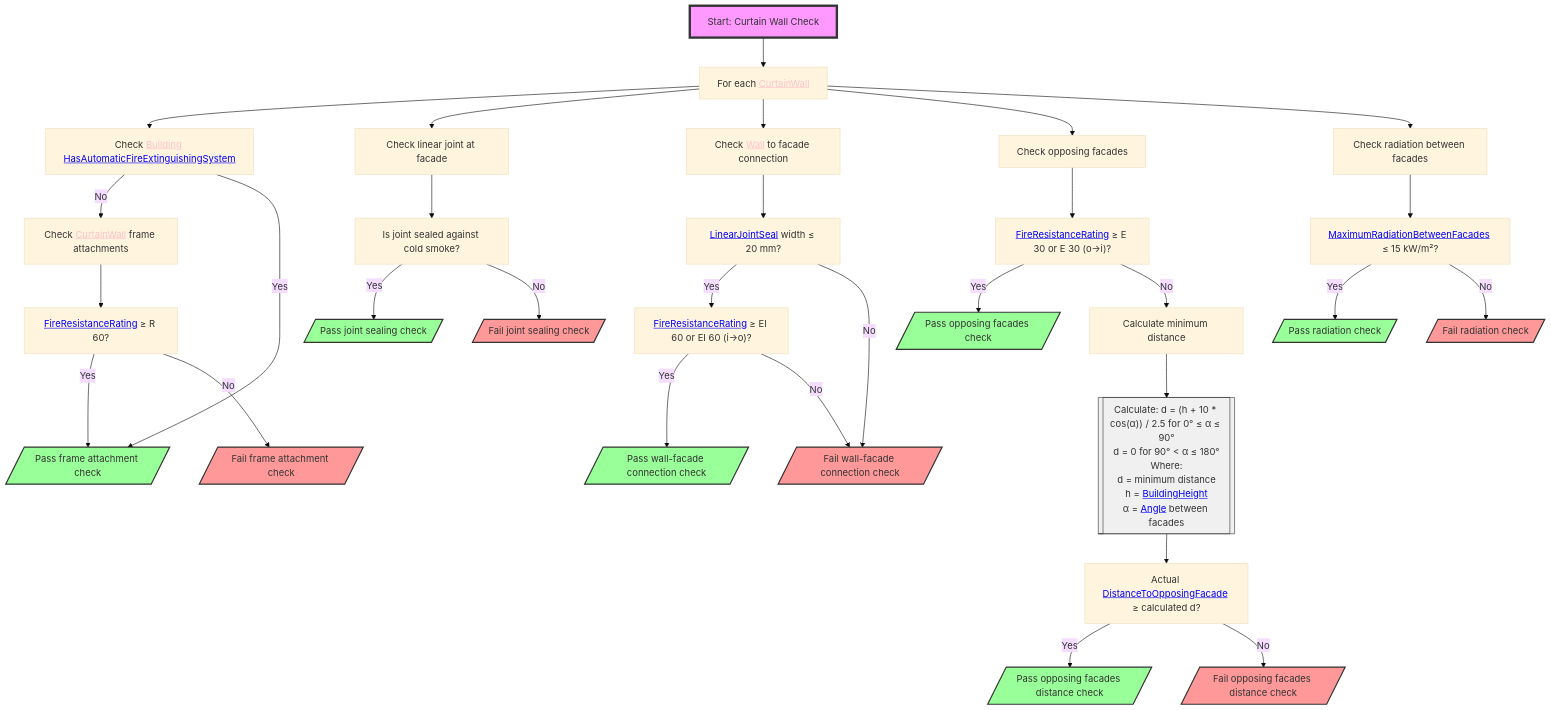
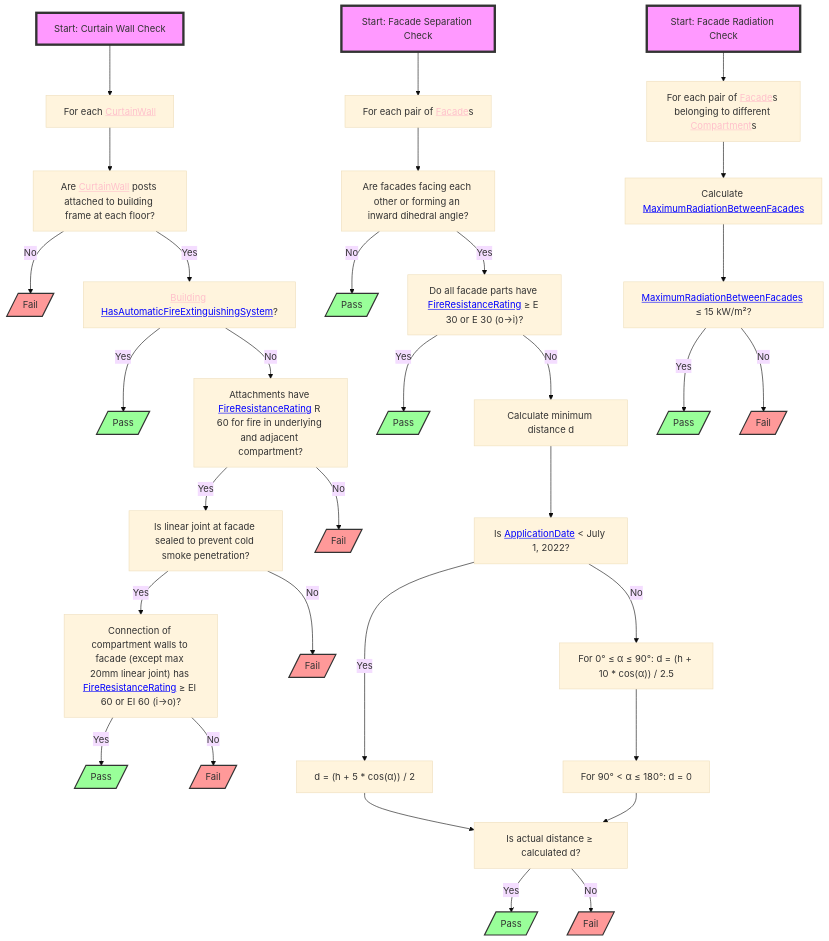
The diagram in mmddiagrams/section_3_5_1.mmd (CedricDriesen92/RulebookProcessing), drawn with Mermaid (base theme) before and after one commit. The commit also changed 3 other files, not shown here.

```diff
--- a/mmddiagrams/section_3_5_1.mmd
+++ b/mmddiagrams/section_3_5_1.mmd
@@ -1,48 +1,52 @@
 flowchart TD
     S1["Start: Curtain Wall Check"] --> A["For each <a href='http://example.com/firebimbuilding#CurtainWall' style='color:pink;'>CurtainWall</a>"]
-    A --> B["Check <a href='http://example.com/firebimbuilding#Building' style='color:pink;'>Building</a> <a href='http://example.com/firebimbuilding#HasAutomaticFireExtinguishingSystem' style='color:blue;'>HasAutomaticFireExtinguishingSystem</a>"]
-    B -- No --> C["Check <a href='http://example.com/firebimbuilding#CurtainWall' style='color:pink;'>CurtainWall</a> frame attachments"]
-    C --> D["<a href='http://example.com/firebimbuilding#FireResistanceRating' style='color:blue;'>FireResistanceRating</a> ≥ R 60?"]
-    D -- Yes --> E[/"Pass frame attachment check"/]
-    D -- No --> F[/"Fail frame attachment check"/]
-    B -- Yes --> E
-    A --> G["Check linear joint at facade"]
-    G --> H["Is joint sealed against cold smoke?"]
-    H -- Yes --> I[/"Pass joint sealing check"/]
-    H -- No --> J[/"Fail joint sealing check"/]
-    A --> K["Check <a href='http://example.com/firebimbuilding#Wall' style='color:pink;'>Wall</a> to facade connection"]
-    K --> L["<a href='http://example.com/firebimbuilding#LinearJointSeal' style='color:blue;'>LinearJointSeal</a> width ≤ 20 mm?"]
-    L -- Yes --> M["<a href='http://example.com/firebimbuilding#FireResistanceRating' style='color:blue;'>FireResistanceRating</a> ≥ EI 60 or EI 60 (i→o)?"]
-    L -- No --> N[/"Fail wall-facade connection check"/]
-    M -- Yes --> O[/"Pass wall-facade connection check"/]
-    M -- No --> N
-    A --> P["Check opposing facades"]
-    P --> Q["<a href='http://example.com/firebimbuilding#FireResistanceRating' style='color:blue;'>FireResistanceRating</a> ≥ E 30 or E 30 (o→i)?"]
-    Q -- Yes --> R[/"Pass opposing facades check"/]
-    Q -- No --> S["Calculate minimum distance"]
-    S --> T[["Calculate: d = (h + 10 * cos(α)) / 2.5 for 0° ≤ α ≤ 90°<br>d = 0 for 90° < α ≤ 180°<br>Where:<br>d = minimum distance<br>h = <a href='http://example.com/firebimbuilding#BuildingHeight' style='color:blue;'>BuildingHeight</a><br>α = <a href='http://example.com/firebimbuilding#Angle' style='color:blue;'>Angle</a> between facades"]]
-    T --> U["Actual <a href='http://example.com/firebimbuilding#DistanceToOpposingFacade' style='color:blue;'>DistanceToOpposingFacade</a> ≥ calculated d?"]
-    U -- Yes --> V[/"Pass opposing facades distance check"/]
-    U -- No --> W[/"Fail opposing facades distance check"/]
-    A --> X["Check radiation between facades"]
-    X --> Y["<a href='http://example.com/firebimbuilding#MaximumRadiationBetweenFacades' style='color:blue;'>MaximumRadiationBetweenFacades</a> ≤ 15 kW/m²?"]
-    Y -- Yes --> Z[/"Pass radiation check"/]
-    Y -- No --> AA[/"Fail radiation check"/]
+    A --> B["Are <a href='http://example.com/firebimbuilding#CurtainWall' style='color:pink;'>CurtainWall</a> posts attached to building frame at each floor?"]
+    B -- No --> C[/"Fail"/]
+    B -- Yes --> D["<a href='http://example.com/firebimbuilding#Building' style='color:pink;'>Building</a> <a href='http://example.com/firebimbuilding#HasAutomaticFireExtinguishingSystem' style='color:blue;'>HasAutomaticFireExtinguishingSystem</a>?"]
+    D -- Yes --> E[/"Pass"/]
+    D -- No --> F["Attachments have <a href='http://example.com/firebimbuilding#FireResistanceRating' style='color:blue;'>FireResistanceRating</a> R 60 for fire in underlying and adjacent compartment?"]
+    F -- Yes --> G["Is linear joint at facade sealed to prevent cold smoke penetration?"]
+    F -- No --> H[/"Fail"/]
+    G -- Yes --> I["Connection of compartment walls to facade (except max 20mm linear joint) has <a href='http://example.com/firebimbuilding#FireResistanceRating' style='color:blue;'>FireResistanceRating</a> ≥ EI 60 or EI 60 (i→o)?"]
+    G -- No --> J[/"Fail"/]
+    I -- Yes --> K[/"Pass"/]
+    I -- No --> L[/"Fail"/]
+
+    S2["Start: Facade Separation Check"] --> M["For each pair of <a href='http://example.com/firebimbuilding#Facade' style='color:pink;'>Facade</a>s"]
+    M --> N["Are facades facing each other or forming an inward dihedral angle?"]
+    N -- No --> O[/"Pass"/]
+    N -- Yes --> P["Do all facade parts have <a href='http://example.com/firebimbuilding#FireResistanceRating' style='color:blue;'>FireResistanceRating</a> ≥ E 30 or E 30 (o→i)?"]
+    P -- Yes --> Q[/"Pass"/]
+    P -- No --> R["Calculate minimum distance d"]
+    R --> S["Is <a href='http://example.com/firebimbuilding#ApplicationDate' style='color:blue;'>ApplicationDate</a> < July 1, 2022?"]
+    S -- Yes --> T["d = (h + 5 * cos(α)) / 2"]
+    S -- No --> U["For 0° ≤ α ≤ 90°: d = (h + 10 * cos(α)) / 2.5"]
+    U --> V["For 90° < α ≤ 180°: d = 0"]
+    T & V --> W["Is actual distance ≥ calculated d?"]
+    W -- Yes --> X[/"Pass"/]
+    W -- No --> Y[/"Fail"/]
+
+    S3["Start: Facade Radiation Check"] --> Z["For each pair of <a href='http://example.com/firebimbuilding#Facade' style='color:pink;'>Facade</a>s belonging to different <a href='http://example.com/firebimbuilding#Compartment' style='color:pink;'>Compartment</a>s"]
+    Z --> AA["Calculate <a href='http://example.com/firebimbuilding#MaximumRadiationBetweenFacades' style='color:blue;'>MaximumRadiationBetweenFacades</a>"]
+    AA --> AB["<a href='http://example.com/firebimbuilding#MaximumRadiationBetweenFacades' style='color:blue;'>MaximumRadiationBetweenFacades</a> ≤ 15 kW/m²?"]
+    AB -- Yes --> AC[/"Pass"/]
+    AB -- No --> AD[/"Fail"/]
 
     S1:::startClass
+    S2:::startClass
+    S3:::startClass
+    C:::failClass
     E:::passClass
-    F:::failClass
-    I:::passClass
+    H:::failClass
     J:::failClass
-    N:::failClass
+    K:::passClass
+    L:::failClass
     O:::passClass
-    R:::passClass
-    V:::passClass
-    W:::failClass
-    Z:::passClass
-    AA:::failClass
-
+    Q:::passClass
+    X:::passClass
+    Y:::failClass
+    AC:::passClass
+    AD:::failClass
     classDef startClass fill:#f9f,stroke:#333,stroke-width:4px
     classDef passClass fill:#9f9,stroke:#333,stroke-width:2px
     classDef failClass fill:#f99,stroke:#333,stroke-width:2px
-    style T fill:#f0f0f0,stroke:#333,stroke-width:1px
```
